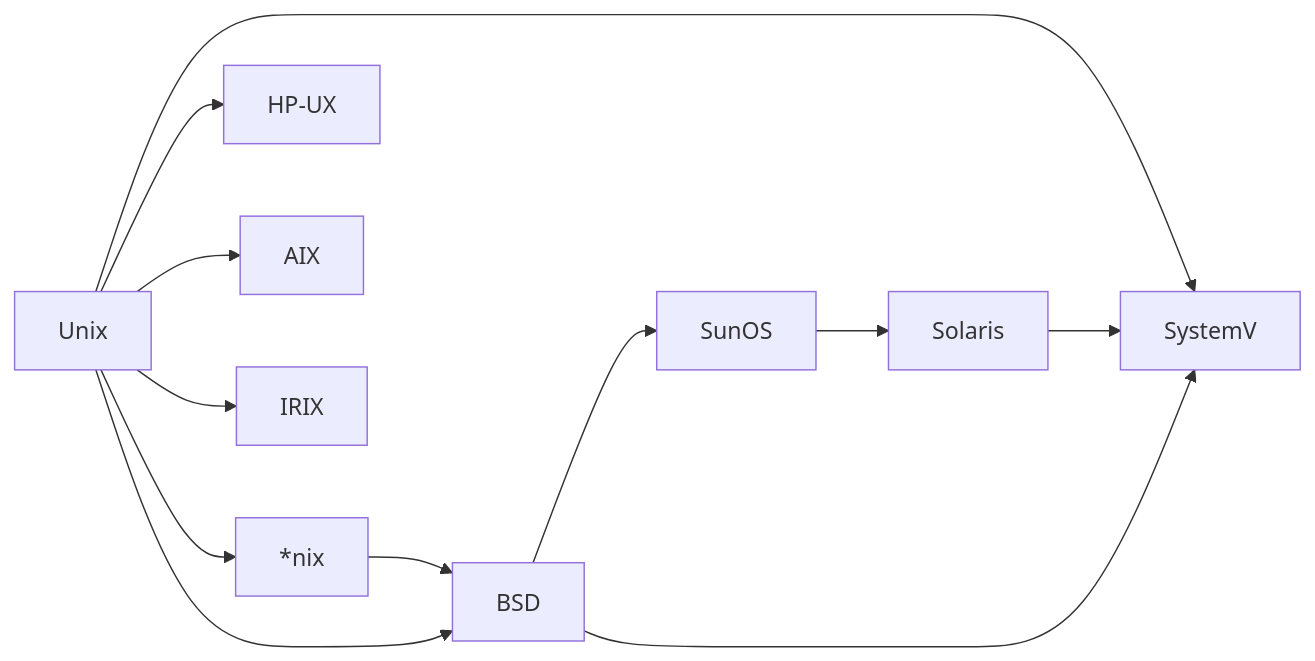
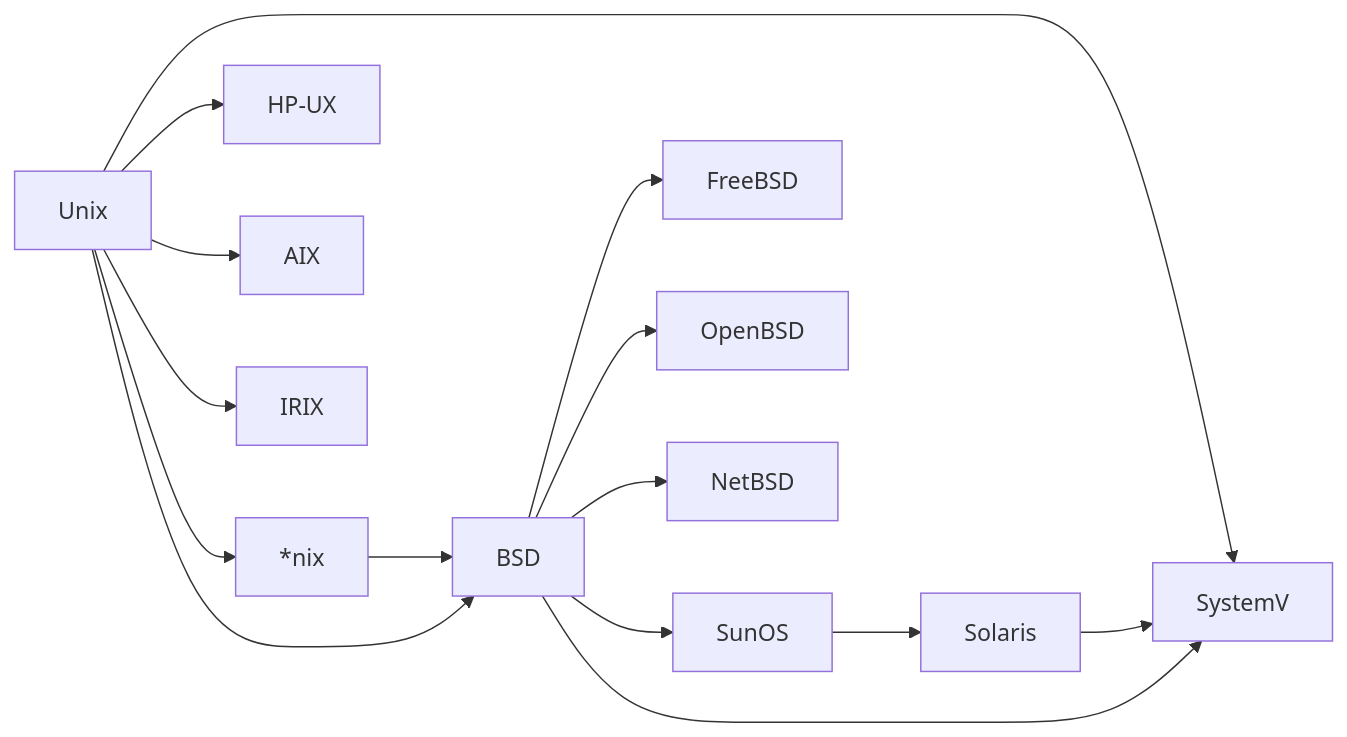
The second of 3 diagrams in lectures/lecture02.md (bitbox228/os-4sem-itmo), drawn with Mermaid before and after one commit.

Commit message:
upd lecture02

````diff
--- a/lectures/lecture02.md
+++ b/lectures/lecture02.md
@@ -71,12 +71,15 @@
 ```mermaid
 flowchart LR
 	Unix --> *nix
     Unix --> HP-UX
     Unix --> AIX
     Unix --> IRIX
     *nix --> BSD
     Unix --> BSD --> SunOS --> Solaris
     Unix --> SystemV
     Solaris --> SystemV
     BSD --> SystemV
+    BSD --> FreeBSD
+    BSD --> OpenBSD
+    BSD --> NetBSD
 ```
````
